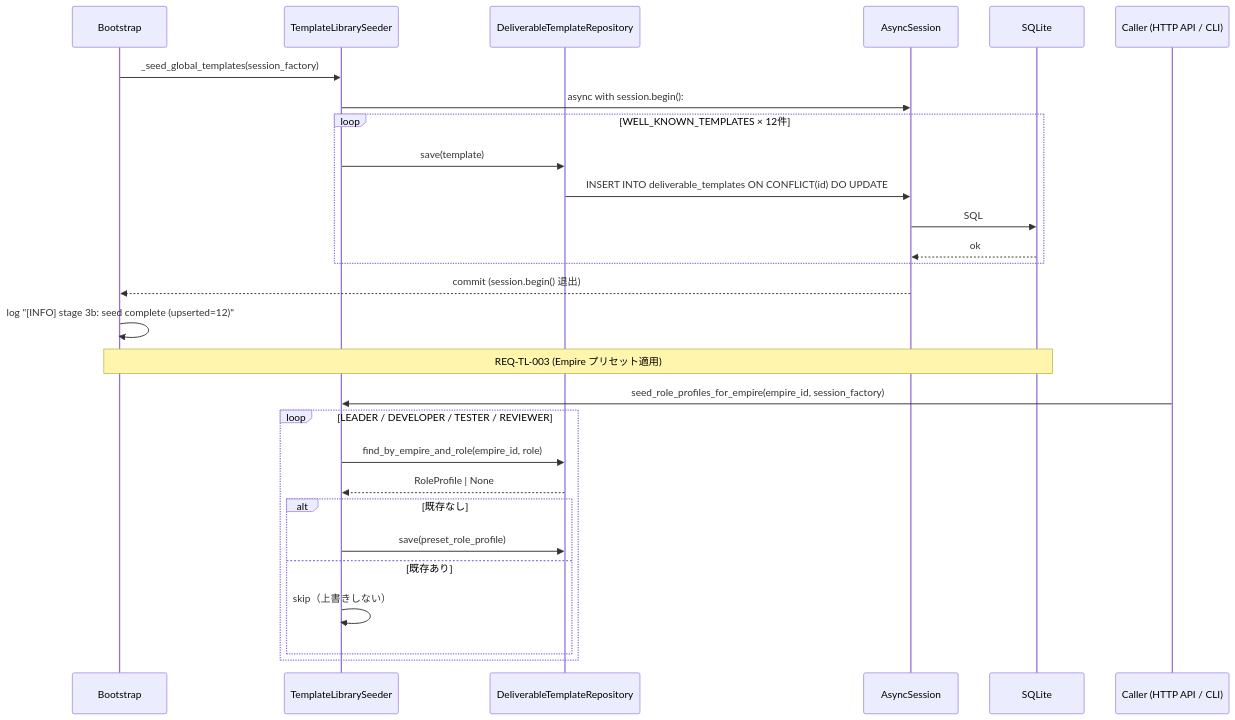
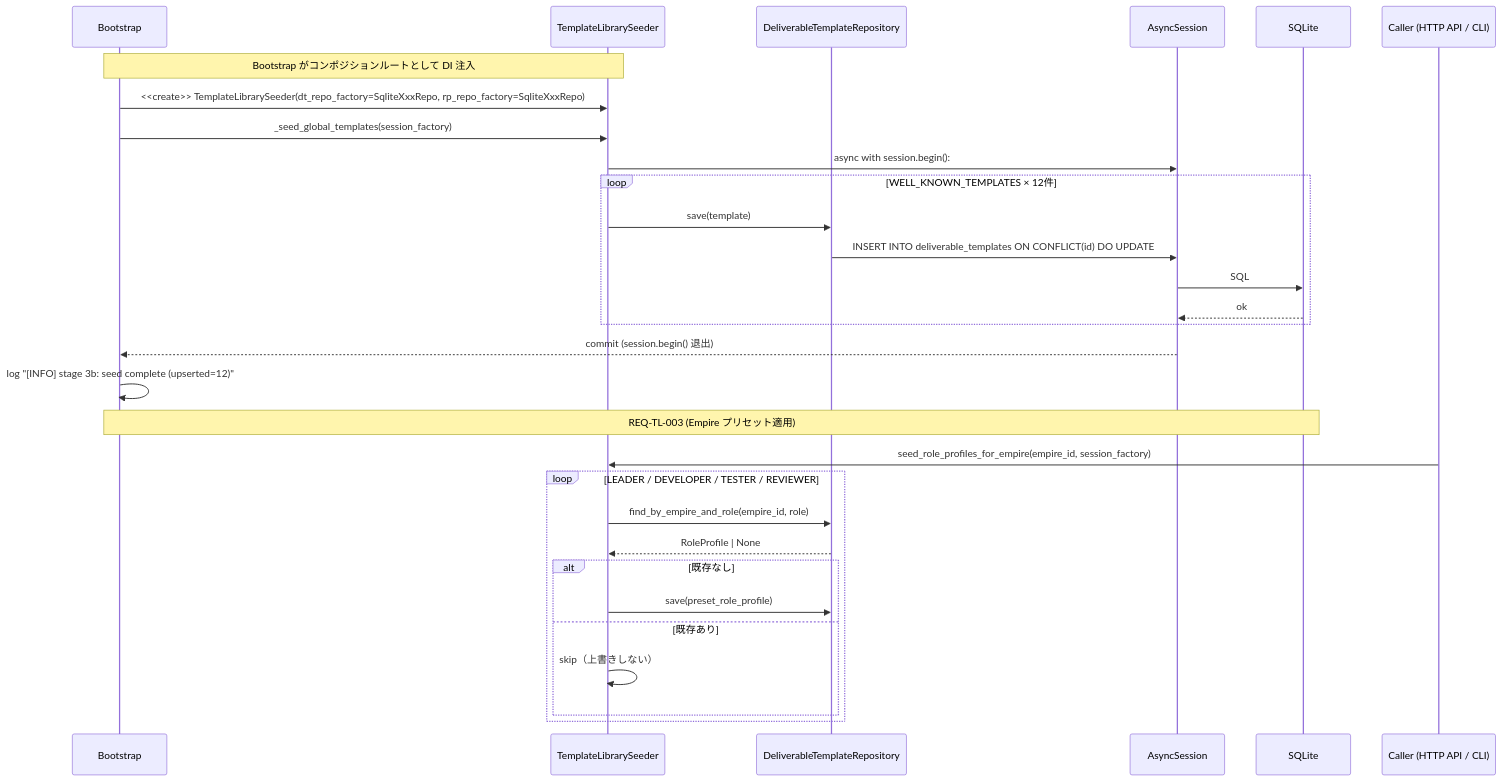
The second of 3 diagrams in docs/features/deliverable-template/template-library/basic-design.md (bakufu-dev/bakufu), drawn with Mermaid before and after one commit. The commit also changed other lines of this file and 1 other file, not shown here.

First line of the commit message:
fix(template-library): IMPL-TL4対応 — TemplateLibrarySeeder のClean Architecture違反を設計書レベルで修正

````diff
--- a/docs/features/deliverable-template/template-library/basic-design.md
+++ b/docs/features/deliverable-template/template-library/basic-design.md
@@ -174,32 +175,34 @@
 ```mermaid
 sequenceDiagram
     participant Boot as Bootstrap
     participant Seed as TemplateLibrarySeeder
     participant DTRepo as DeliverableTemplateRepository
     participant Sess as AsyncSession
     participant DB as SQLite
 
+    Note over Boot,Seed: Bootstrap がコンポジションルートとして DI 注入
+    Boot->>Seed: <<create>> TemplateLibrarySeeder(dt_repo_factory=SqliteXxxRepo, rp_repo_factory=SqliteXxxRepo)
     Boot->>Seed: _seed_global_templates(session_factory)
     Seed->>Sess: async with session.begin():
     loop WELL_KNOWN_TEMPLATES × 12件
         Seed->>DTRepo: save(template)
         DTRepo->>Sess: INSERT INTO deliverable_templates ON CONFLICT(id) DO UPDATE
         Sess->>DB: SQL
         DB-->>Sess: ok
     end
     Sess-->>Boot: commit (session.begin() 退出)
     Boot->>Boot: log "[INFO] stage 3b: seed complete (upserted=12)"
 
     Note over Boot,DB: REQ-TL-003 (Empire プリセット適用)
     participant Api as Caller (HTTP API / CLI)
     Api->>Seed: seed_role_profiles_for_empire(empire_id, session_factory)
     loop LEADER / DEVELOPER / TESTER / REVIEWER
         Seed->>DTRepo: find_by_empire_and_role(empire_id, role)
         DTRepo-->>Seed: RoleProfile | None
         alt 既存なし
             Seed->>DTRepo: save(preset_role_profile)
         else 既存あり
             Seed->>Seed: skip（上書きしない）
         end
     end
 ```
````
